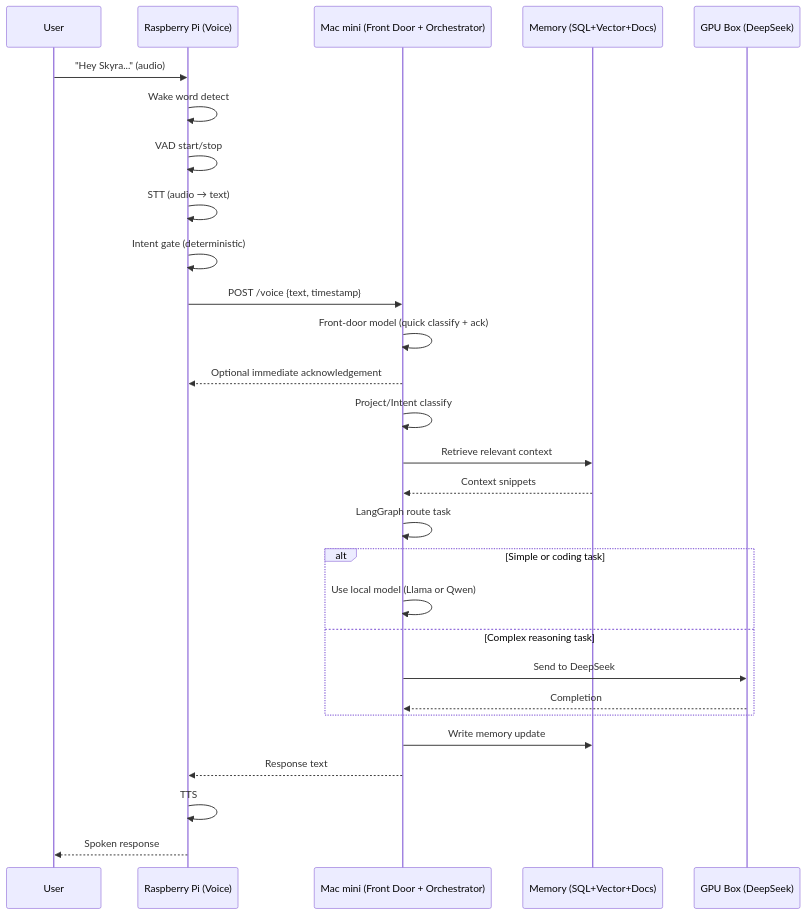
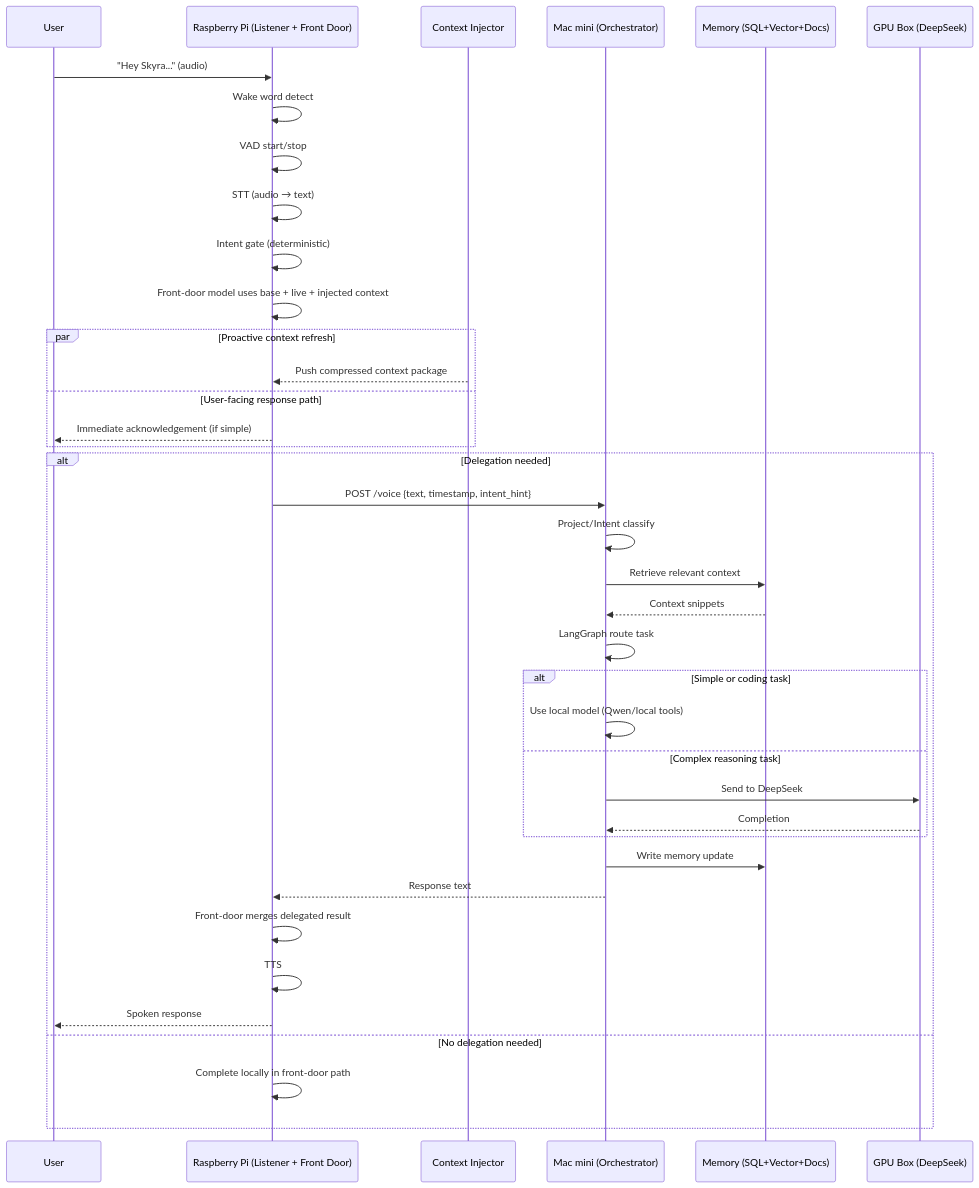
One commit to m-scanlon/tony-stark-was-able-tobuild-this-in-a-cave changed the third of 3 diagrams in docs/arch/v1/scyra.md. Above: the diagram before and after it, drawn with Mermaid. The commit also changed other lines of this file and 1 other file, not shown here.

Commit message:
Update README next steps and align Skyra diagrams with context injector design

````diff
--- a/docs/arch/v1/scyra.md
+++ b/docs/arch/v1/scyra.md
@@ -297,34 +316,44 @@
 ```mermaid
 sequenceDiagram
   participant User
-  participant Pi as Raspberry Pi (Voice)
-  participant Mac as Mac mini (Front Door + Orchestrator)
+  participant Pi as Raspberry Pi (Listener + Front Door)
+  participant CIX as Context Injector
+  participant Mac as Mac mini (Orchestrator)
   participant DB as Memory (SQL+Vector+Docs)
   participant GPU as GPU Box (DeepSeek)
 
   User->>Pi: "Hey Skyra..." (audio)
   Pi->>Pi: Wake word detect
   Pi->>Pi: VAD start/stop
   Pi->>Pi: STT (audio → text)
   Pi->>Pi: Intent gate (deterministic)
-  Pi->>Mac: POST /voice {text, timestamp}
-
-  Mac->>Mac: Front-door model (quick classify + ack)
-  Mac-->>Pi: Optional immediate acknowledgement
-  Mac->>Mac: Project/Intent classify
-  Mac->>DB: Retrieve relevant context
-  DB-->>Mac: Context snippets
-
-  Mac->>Mac: LangGraph route task
-  alt Simple or coding task
-    Mac->>Mac: Use local model (Llama or Qwen)
-  else Complex reasoning task
-    Mac->>GPU: Send to DeepSeek
-    GPU-->>Mac: Completion
+  Pi->>Pi: Front-door model uses base + live + injected context
+  par Proactive context refresh
+    CIX-->>Pi: Push compressed context package
+  and User-facing response path
+    Pi-->>User: Immediate acknowledgement (if simple)
   end
 
-  Mac->>DB: Write memory update
-  Mac-->>Pi: Response text
-  Pi->>Pi: TTS
-  Pi-->>User: Spoken response
+  alt Delegation needed
+    Pi->>Mac: POST /voice {text, timestamp, intent_hint}
+    Mac->>Mac: Project/Intent classify
+    Mac->>DB: Retrieve relevant context
+    DB-->>Mac: Context snippets
+
+    Mac->>Mac: LangGraph route task
+    alt Simple or coding task
+      Mac->>Mac: Use local model (Qwen/local tools)
+    else Complex reasoning task
+      Mac->>GPU: Send to DeepSeek
+      GPU-->>Mac: Completion
+    end
+
+    Mac->>DB: Write memory update
+    Mac-->>Pi: Response text
+    Pi->>Pi: Front-door merges delegated result
+    Pi->>Pi: TTS
+    Pi-->>User: Spoken response
+  else No delegation needed
+    Pi->>Pi: Complete locally in front-door path
+  end
 ```
````
